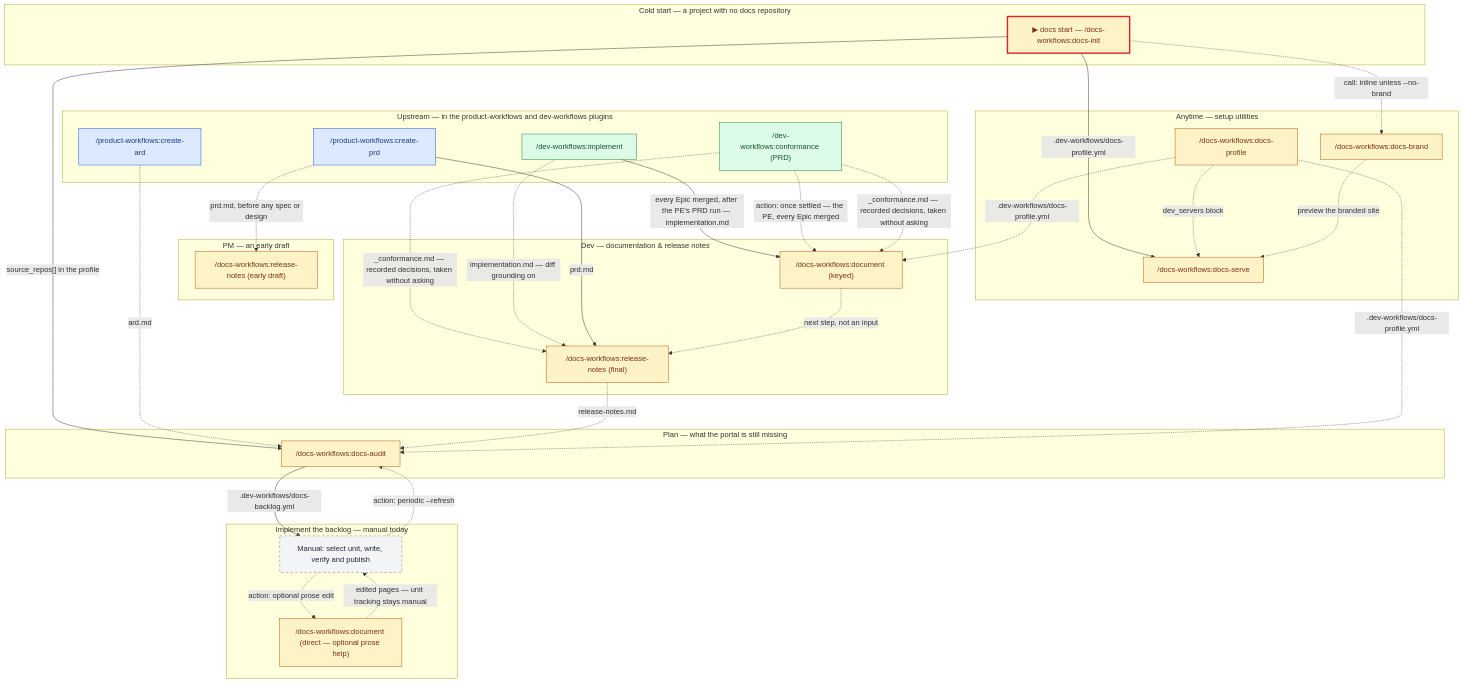
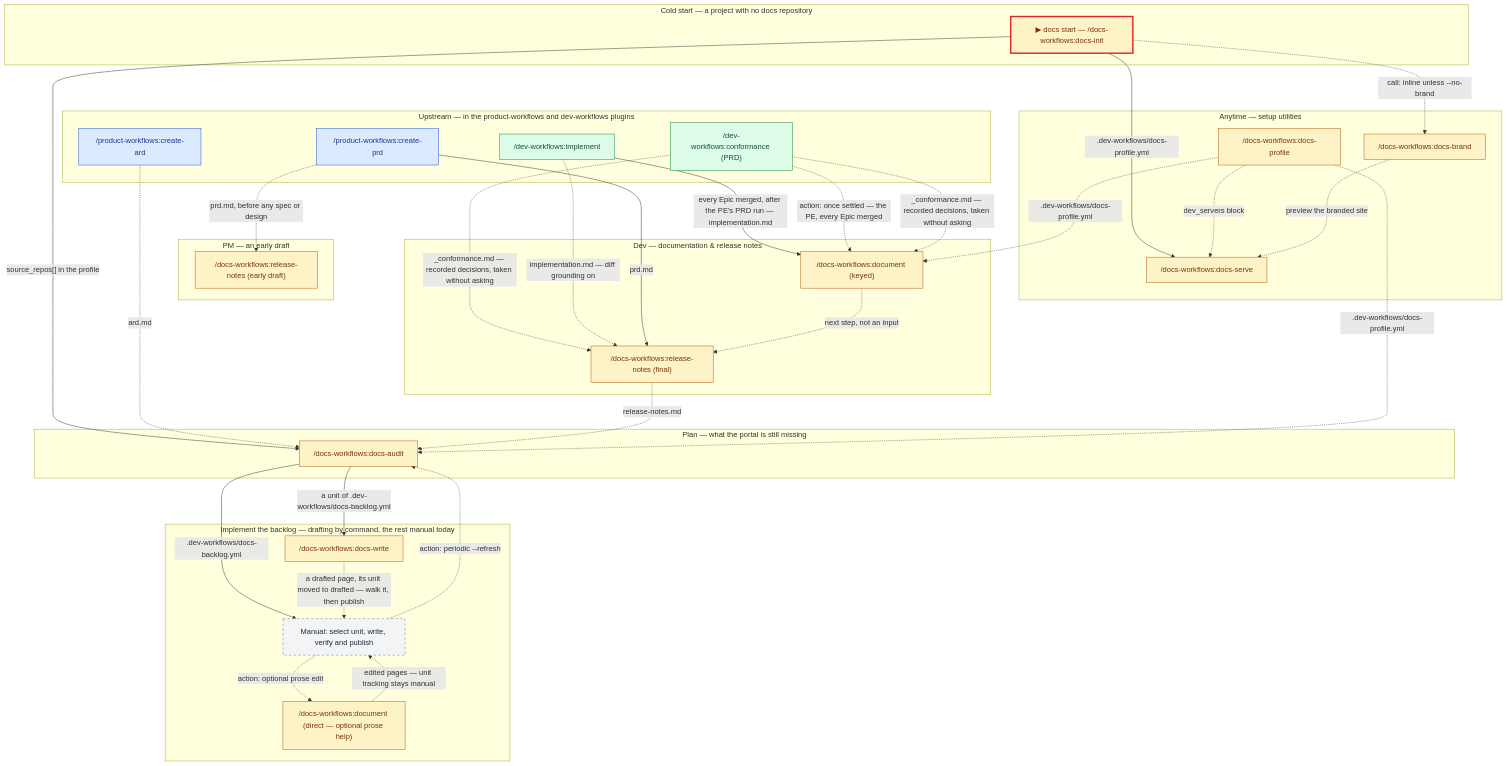
One commit to ihudak/ai-workflows changed the diagram in plugins/docs-workflows/docs/workflow.md. Above: the diagram before and after it, drawn with Mermaid. The commit also changed other lines of this file and 17 other files, not shown here.

````diff
--- a/plugins/docs-workflows/docs/workflow.md
+++ b/plugins/docs-workflows/docs/workflow.md
@@ -5,60 +5,63 @@
 ```mermaid
 flowchart TD
     subgraph UP["Upstream — in the product-workflows and dev-workflows plugins"]
         implement["/dev-workflows:implement"]:::dev
         conformanceprd["/dev-workflows:conformance (PRD)"]:::dev
         createprd["/product-workflows:create-prd"]:::prod
         createard["/product-workflows:create-ard"]:::prod
     end
     subgraph EARLY["PM — an early draft"]
         rnpm["/docs-workflows:release-notes (early draft)"]:::docs
     end
     subgraph DOCS["Dev — documentation & release notes"]
         document["/docs-workflows:document (keyed)"]:::docs
         rndev["/docs-workflows:release-notes (final)"]:::docs
     end
     subgraph COLD["Cold start — a project with no docs repository"]
         init["▶ docs start — /docs-workflows:docs-init"]:::docs
     end
     subgraph PLAN["Plan — what the portal is still missing"]
         audit["/docs-workflows:docs-audit"]:::docs
     end
-    subgraph MANUAL["Implement the backlog — manual today"]
+    subgraph MANUAL["Implement the backlog — drafting by command, the rest manual today"]
+        docswrite["/docs-workflows:docs-write"]:::docs
         units["Manual: select unit, write, verify and publish"]:::manual
         direct["/docs-workflows:document (direct — optional prose help)"]:::docs
     end
     subgraph SETUP["Anytime — setup utilities"]
         profile["/docs-workflows:docs-profile"]:::docs
         brand["/docs-workflows:docs-brand"]:::docs
         docsserve["/docs-workflows:docs-serve"]:::docs
     end
 
     implement -->|"every Epic merged, after the PE's PRD run — implementation.md"| document
     conformanceprd -.->|"action: once settled — the PE, every Epic merged"| document
     conformanceprd -.->|"_conformance.md — recorded decisions, taken without asking"| document
     conformanceprd -.->|"_conformance.md — recorded decisions, taken without asking"| rndev
     implement -.->|implementation.md — diff grounding on| rndev
     createprd -.->|prd.md, before any spec or design| rnpm
     createprd -->|prd.md| rndev
     document -.->|next step, not an input| rndev
     init -.->|call: inline unless --no-brand| brand
     init -->|"source_repos[] in the profile"| audit
     createard -.->|ard.md| audit
     rndev -.->|release-notes.md| audit
     audit -->|.dev-workflows/docs-backlog.yml| units
+    audit -->|"a unit of .dev-workflows/docs-backlog.yml"| docswrite
+    docswrite -.->|"a drafted page, its unit moved to drafted — walk it, then publish"| units
     units -.->|action: optional prose edit| direct
     direct -.->|edited pages — unit tracking stays manual| units
     units -.->|action: periodic --refresh| audit
     init -->|.dev-workflows/docs-profile.yml| docsserve
     profile -.->|.dev-workflows/docs-profile.yml| document
     profile -.->|.dev-workflows/docs-profile.yml| audit
     profile -.->|dev_servers block| docsserve
     brand -.->|preview the branded site| docsserve
 
     classDef prod fill:#dbeafe,stroke:#1d4ed8,color:#1e3a8a
     classDef dev fill:#dcfce7,stroke:#15803d,color:#14532d
     classDef docs fill:#fef3c7,stroke:#b45309,color:#78350f
     classDef manual fill:#f3f4f6,stroke:#6b7280,color:#1f2937,stroke-dasharray:5 5
     classDef entry stroke:#dc2626,stroke-width:3px
     class init entry
 ```
````
